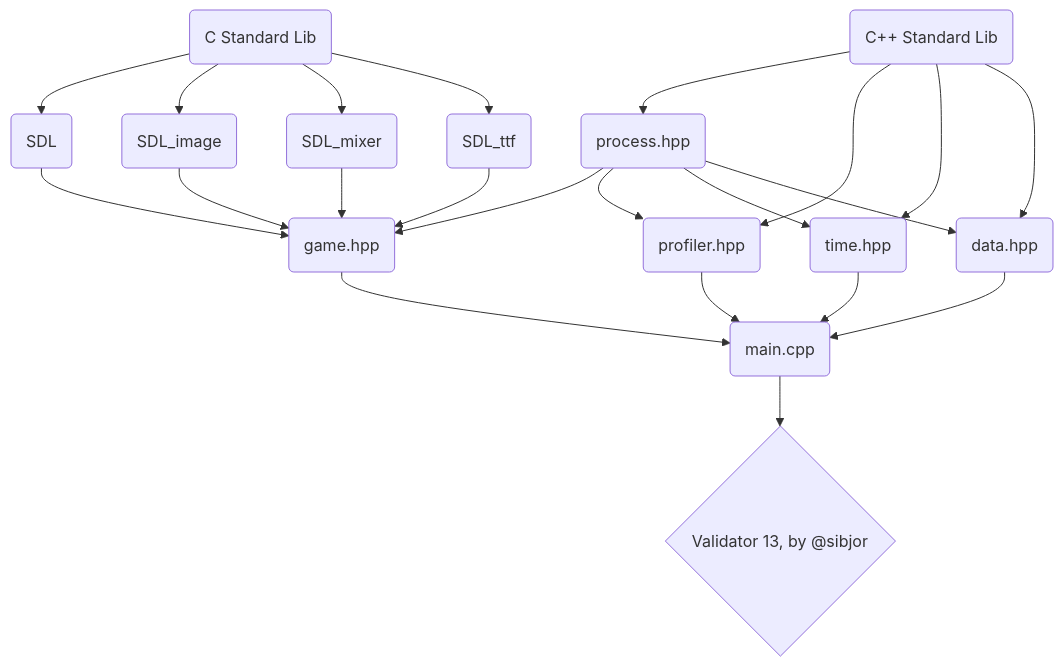
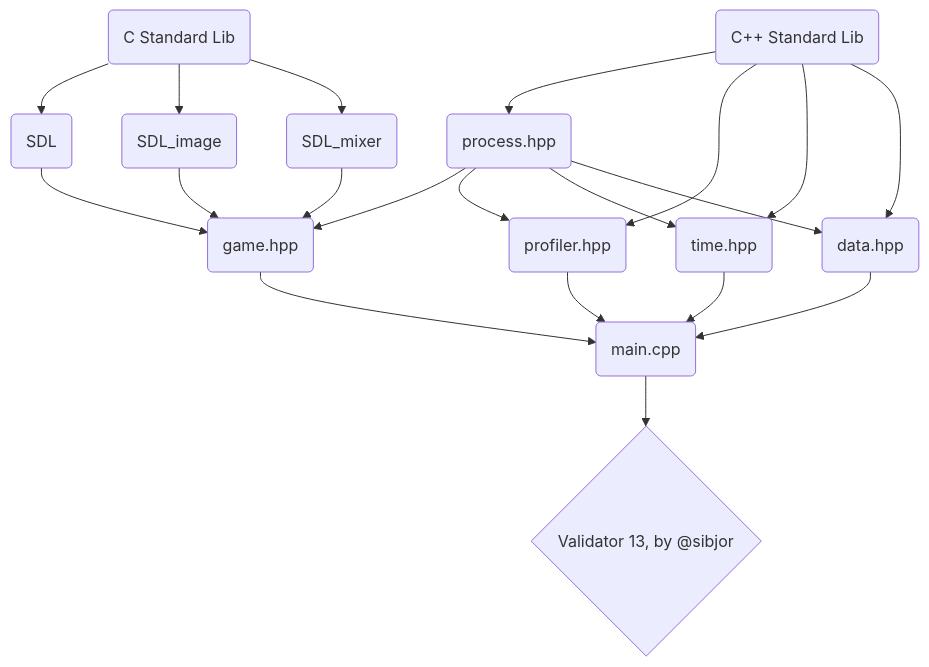
One commit to sibjor/ParkourRunner changed the diagram in README.md. Above: the diagram before and after it, drawn with Mermaid.

Commit message:
last deletion went AFK

````diff
--- a/README.md
+++ b/README.md
@@ -11,31 +11,29 @@
 ```mermaid
 flowchart TD
     A(C Standard Lib)
     B(C++ Standard Lib)
     C(SDL)
     D(SDL_image)
     E(SDL_mixer)
-    F(SDL_ttf)
     G(process.hpp)
     H(profiler.hpp)
     I(time.hpp)
     J(data.hpp)
     K(game.hpp)
     L(main.cpp)
 
     A --> C --> K
     A --> D --> K
     A --> E --> K
-    A --> F --> K
 
     B --> G 
     B --> H 
     B --> I 
     B --> J 
 
     G --> K --> L --> M{Validator 13, by @sibjor}
     G --> H --> L 
     G --> I --> L 
     G --> J --> L
     
 ```
````
